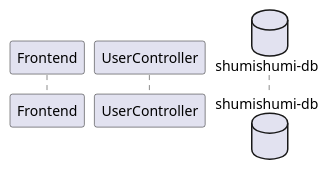
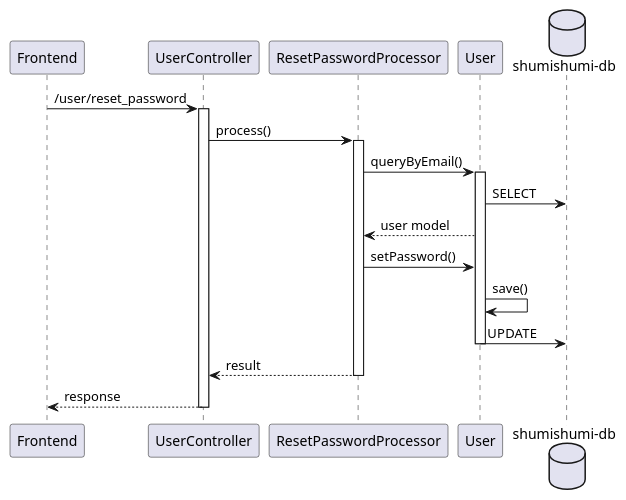
Before and after one commit to aldihsuhandi/skripsi-2023: the diagram in uml diagram/sequence diagram/BE/user controller/resetPassword.pu, drawn with PlantUML. The commit also changed 4 other files, not shown here.

```diff
--- a/uml diagram/sequence diagram/BE/user controller/resetPassword.pu
+++ b/uml diagram/sequence diagram/BE/user controller/resetPassword.pu
@@ -1,7 +1,26 @@
 @startuml resetPassword
 participant "Frontend" as fe
 participant "UserController" as uc
 
+participant "ResetPasswordProcessor" as proc
+
+participant "User" as um
+
 database "shumishumi-db" as db
 
+fe -> uc++ : /user/reset_password
+uc -> proc++ : process()
+
+proc -> um++ : queryByEmail()
+um -> db : SELECT
+proc <-- um : user model
+
+proc -> um : setPassword()
+um -> um : save()
+um -> db : UPDATE
+deactivate um
+
+return result
+return response
+
 @enduml
```
